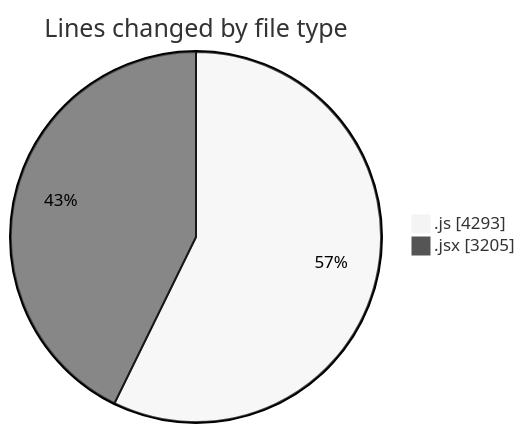
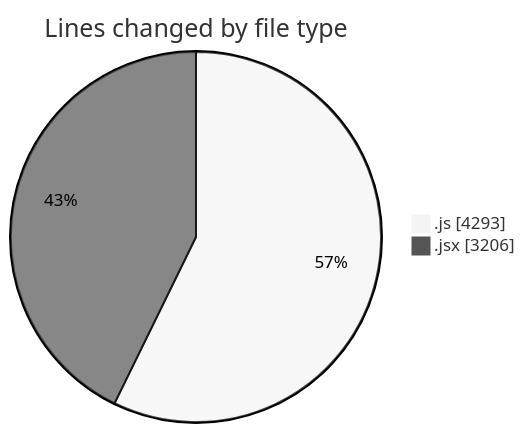
One commit to nxtqubesakshisongat/code-tracking changed the first of 2 diagrams in 2025-12-29/nxtqube_webapp/README.md. Above: the diagram before and after it, drawn with Mermaid (neutral theme). The commit also changed other lines of this file and 1 other file, not shown here.

````diff
--- a/2025-12-29/nxtqube_webapp/README.md
+++ b/2025-12-29/nxtqube_webapp/README.md
@@ -24,6 +24,6 @@
 ```mermaid
 pie showData
 title Lines changed by file type
 ".js" : 4293
-".jsx" : 3205
+".jsx" : 3206
 ```
````
